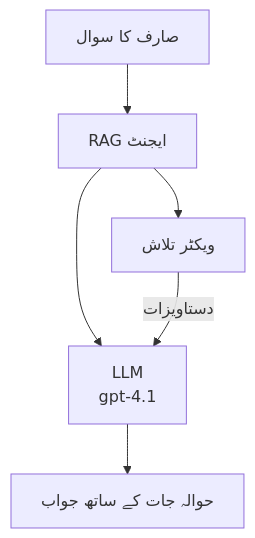
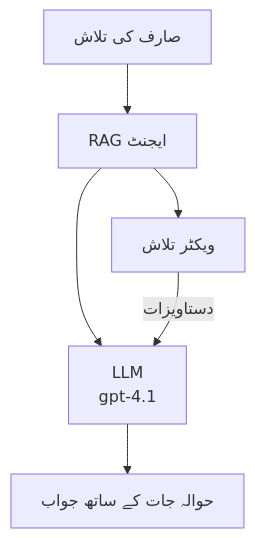
One commit to microsoft/AZD-for-beginners changed the second of 3 diagrams in translations/ur/docs/chapter-02-ai-development/agents.md. Above: the diagram before and after it, drawn with Mermaid. The commit also changed other lines of this file and 101 other files, not shown here.

````diff
--- a/translations/ur/docs/chapter-02-ai-development/agents.md
+++ b/translations/ur/docs/chapter-02-ai-development/agents.md
@@ -170,8 +175,8 @@
 ```mermaid
 graph TD
-    Query[صارف کا سوال] --> RAG[RAG ایجنٹ]
+    Query[صارف کی تلاش] --> RAG[RAG ایجنٹ]
     RAG --> Vector[ویکٹر تلاش]
     RAG --> LLM[LLM<br/>gpt-4.1]
     Vector -- دستاویزات --> LLM
     LLM --> Response[حوالہ جات کے ساتھ جواب]
-```
+```  
````
